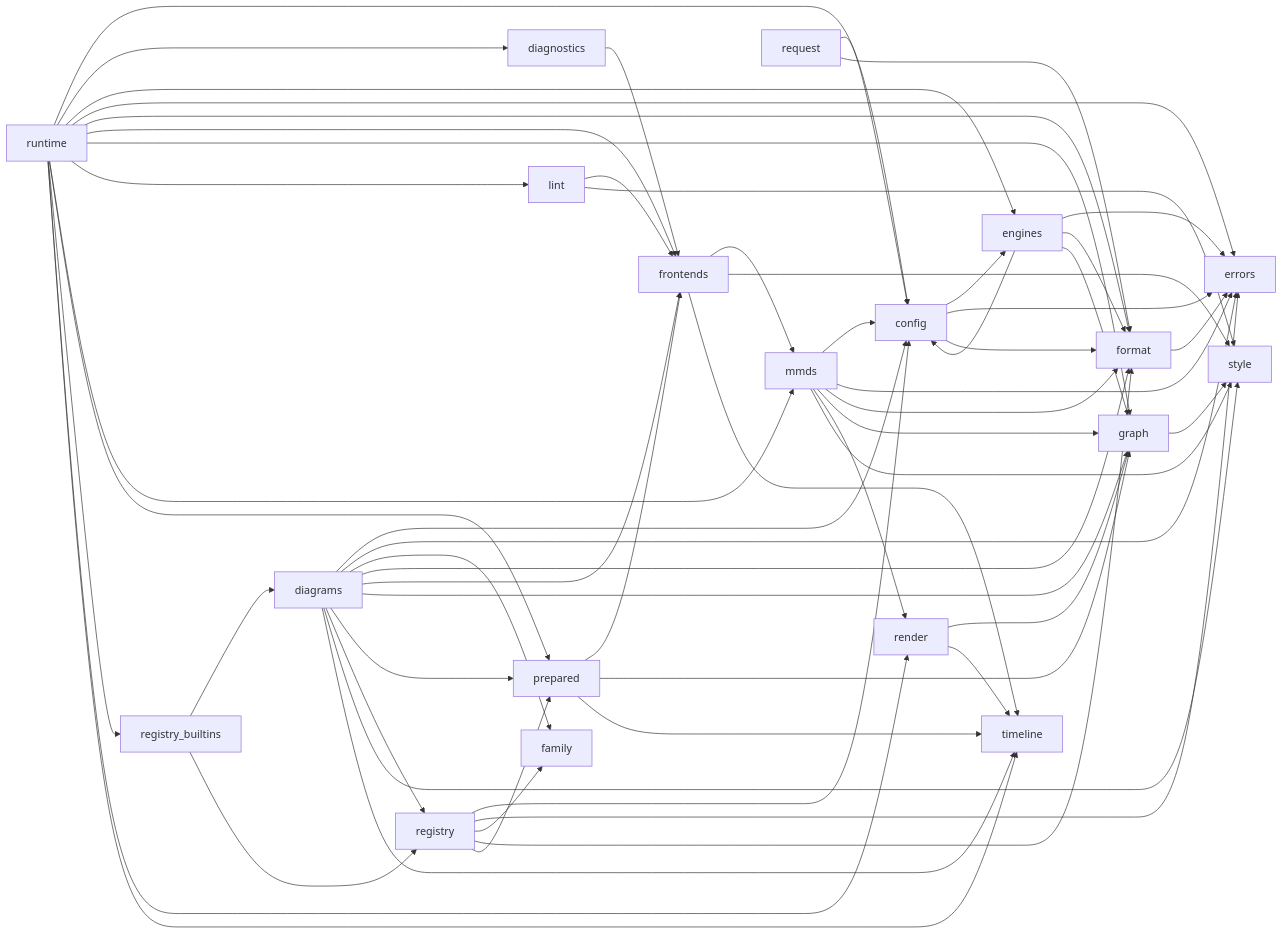
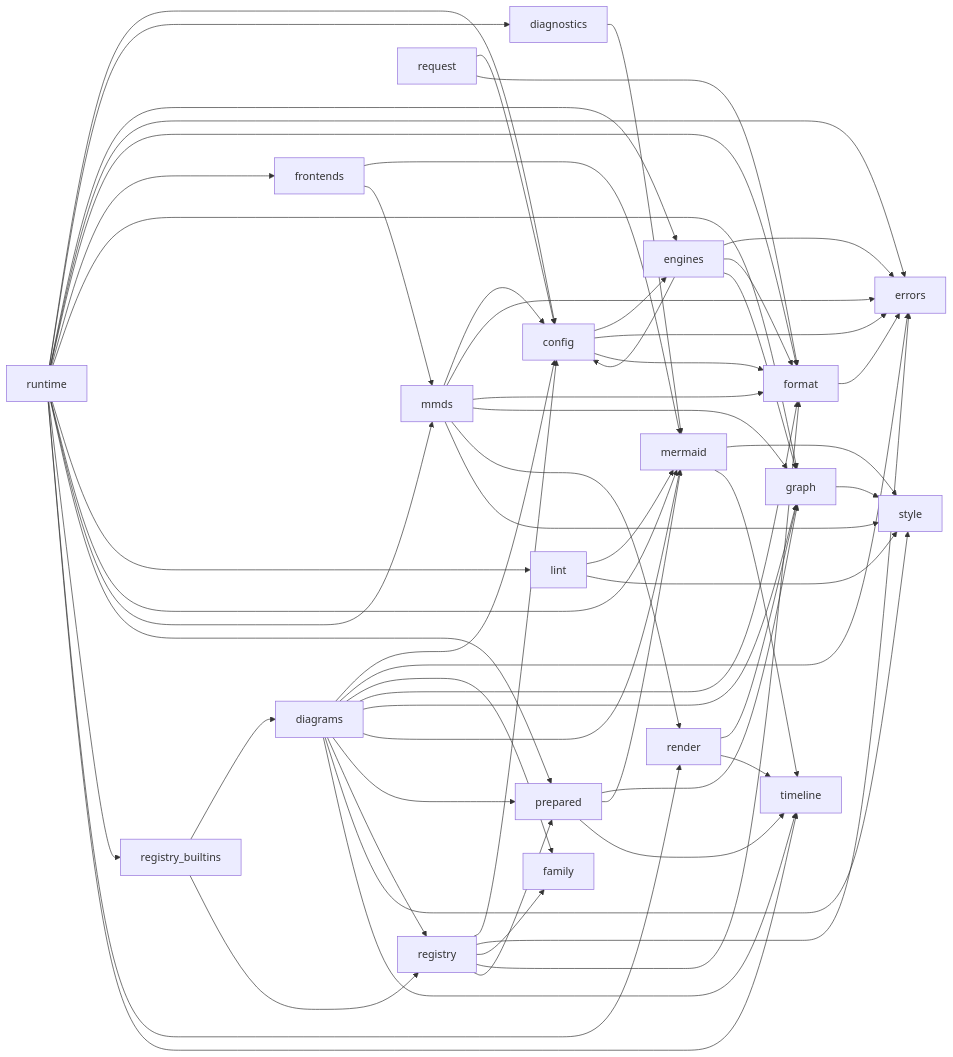
One commit to kevinswiber/mmdflux changed the diagram in docs/architecture/module-dependency-map.mmd. Above: the diagram before and after it, drawn with Mermaid. The commit also changed 66 other files, not shown here.

Commit message:
Promote Mermaid to a top-level module

```diff
--- a/docs/architecture/module-dependency-map.mmd
+++ b/docs/architecture/module-dependency-map.mmd
@@ -1,81 +1,84 @@
 %% Generated by scripts/generate-rust-module-deps.py
 %% crate-root: src/lib.rs
 %% max-depth: 1
 flowchart LR
     mod_config["config"]
     mod_diagnostics["diagnostics"]
     mod_diagrams["diagrams"]
     mod_engines["engines"]
     mod_errors["errors"]
     mod_family["family"]
     mod_format["format"]
     mod_frontends["frontends"]
     mod_graph["graph"]
     mod_lint["lint"]
+    mod_mermaid["mermaid"]
     mod_mmds["mmds"]
     mod_prepared["prepared"]
     mod_registry["registry"]
     mod_registry_builtins["registry_builtins"]
     mod_render["render"]
     mod_request["request"]
     mod_runtime["runtime"]
     mod_style["style"]
     mod_timeline["timeline"]
     mod_config --> mod_engines
     mod_config --> mod_errors
     mod_config --> mod_format
-    mod_diagnostics --> mod_frontends
+    mod_diagnostics --> mod_mermaid
     mod_diagrams --> mod_config
     mod_diagrams --> mod_errors
     mod_diagrams --> mod_family
     mod_diagrams --> mod_format
-    mod_diagrams --> mod_frontends
     mod_diagrams --> mod_graph
+    mod_diagrams --> mod_mermaid
     mod_diagrams --> mod_prepared
     mod_diagrams --> mod_registry
     mod_diagrams --> mod_style
     mod_diagrams --> mod_timeline
     mod_engines --> mod_config
     mod_engines --> mod_errors
     mod_engines --> mod_format
     mod_engines --> mod_graph
     mod_format --> mod_errors
+    mod_frontends --> mod_mermaid
     mod_frontends --> mod_mmds
-    mod_frontends --> mod_style
-    mod_frontends --> mod_timeline
     mod_graph --> mod_style
-    mod_lint --> mod_frontends
+    mod_lint --> mod_mermaid
     mod_lint --> mod_style
+    mod_mermaid --> mod_style
+    mod_mermaid --> mod_timeline
     mod_mmds --> mod_config
     mod_mmds --> mod_errors
     mod_mmds --> mod_format
     mod_mmds --> mod_graph
     mod_mmds --> mod_render
     mod_mmds --> mod_style
-    mod_prepared --> mod_frontends
     mod_prepared --> mod_graph
+    mod_prepared --> mod_mermaid
     mod_prepared --> mod_timeline
     mod_registry --> mod_config
     mod_registry --> mod_errors
     mod_registry --> mod_family
     mod_registry --> mod_format
     mod_registry --> mod_prepared
     mod_registry_builtins --> mod_diagrams
     mod_registry_builtins --> mod_registry
     mod_render --> mod_graph
     mod_render --> mod_timeline
     mod_request --> mod_config
     mod_request --> mod_format
     mod_runtime --> mod_config
     mod_runtime --> mod_diagnostics
     mod_runtime --> mod_engines
     mod_runtime --> mod_errors
     mod_runtime --> mod_format
     mod_runtime --> mod_frontends
     mod_runtime --> mod_graph
     mod_runtime --> mod_lint
+    mod_runtime --> mod_mermaid
     mod_runtime --> mod_mmds
     mod_runtime --> mod_prepared
     mod_runtime --> mod_registry_builtins
     mod_runtime --> mod_render
     mod_runtime --> mod_timeline
```
